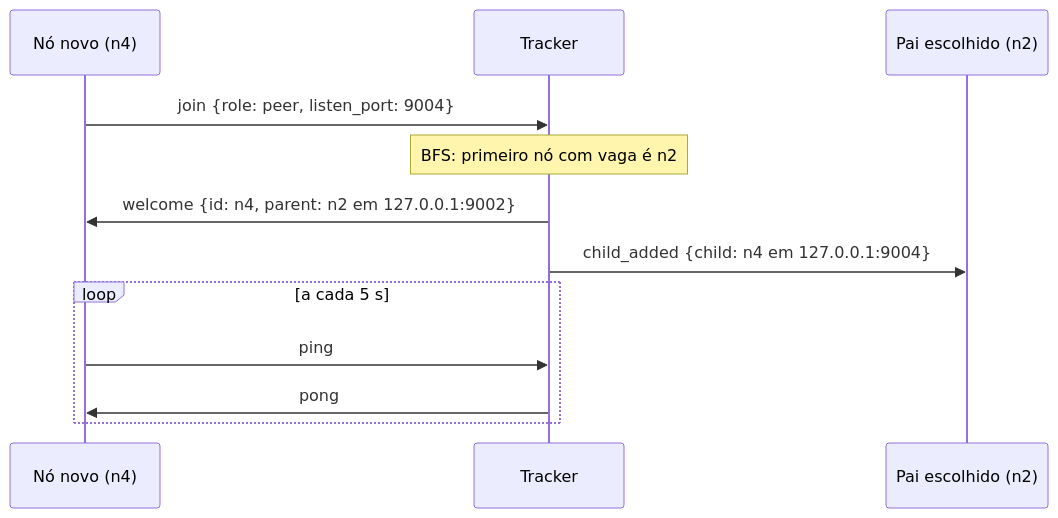
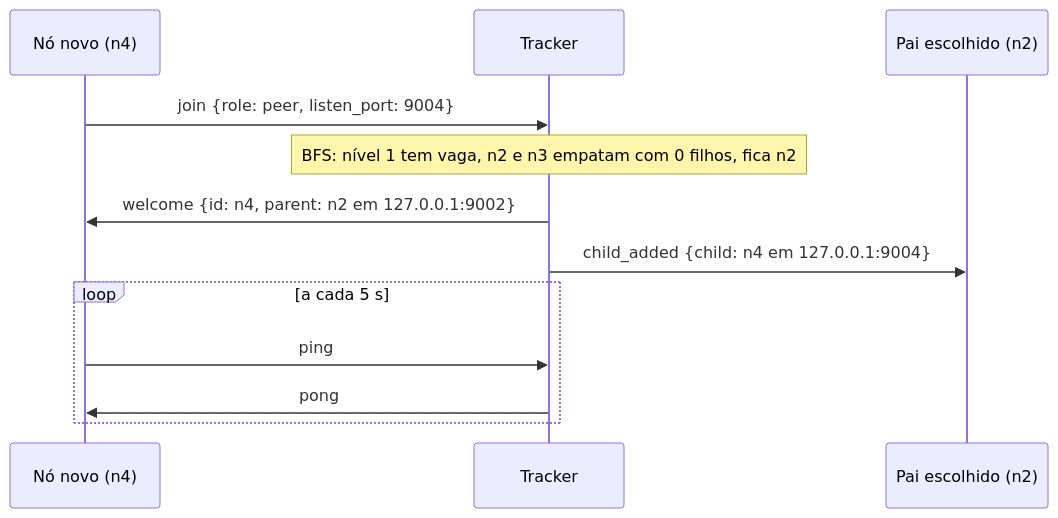
One commit to Soljaa/trabalho_streaming changed the second of 4 diagrams in docs/02-arquitetura-do-tracker.md. Above: the diagram before and after it, drawn with Mermaid. The commit also changed other lines of this file and 6 other files, not shown here.

First line of the commit message:
Entrada na árvore: nó com menos filhos dentro do nível

````diff
--- a/docs/02-arquitetura-do-tracker.md
+++ b/docs/02-arquitetura-do-tracker.md
@@ -100,14 +100,14 @@
 ```mermaid
 sequenceDiagram
     participant N as Nó novo (n4)
     participant T as Tracker
     participant P as Pai escolhido (n2)
     N->>T: join {role: peer, listen_port: 9004}
-    Note over T: BFS: primeiro nó com vaga é n2
+    Note over T: BFS: nível 1 tem vaga, n2 e n3 empatam com 0 filhos, fica n2
     T->>N: welcome {id: n4, parent: n2 em 127.0.0.1:9002}
     T->>P: child_added {child: n4 em 127.0.0.1:9004}
     loop a cada 5 s
         N->>T: ping
         T->>N: pong
     end
 ```
````
